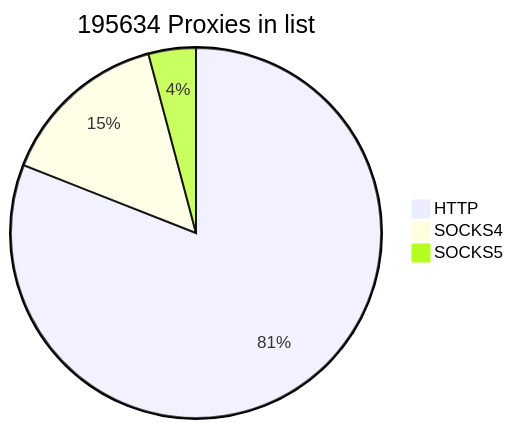
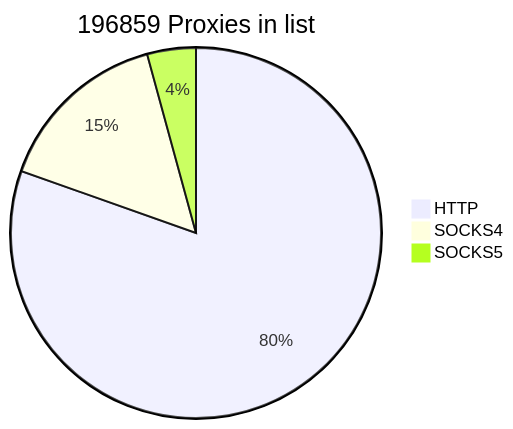
Before and after one commit to cutipu/proxylist: the first of 2 diagrams in README.md, drawn with Mermaid. The commit also changed other lines of this file, not shown here.

````diff
--- a/README.md
+++ b/README.md
@@ -2,7 +2,7 @@
 ```mermaid
-pie title 195634 Proxies in list
-    "HTTP" : 158395
-    "SOCKS4" : 29150
-    "SOCKS5" : 8089
+pie title 196859 Proxies in list
+    "HTTP" : 158317
+    "SOCKS4" : 30177
+    "SOCKS5" : 8365
             
 ```
````
